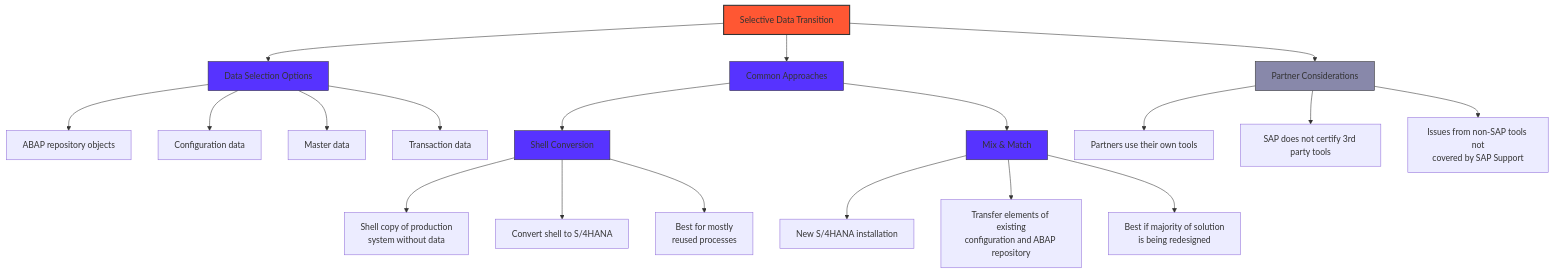
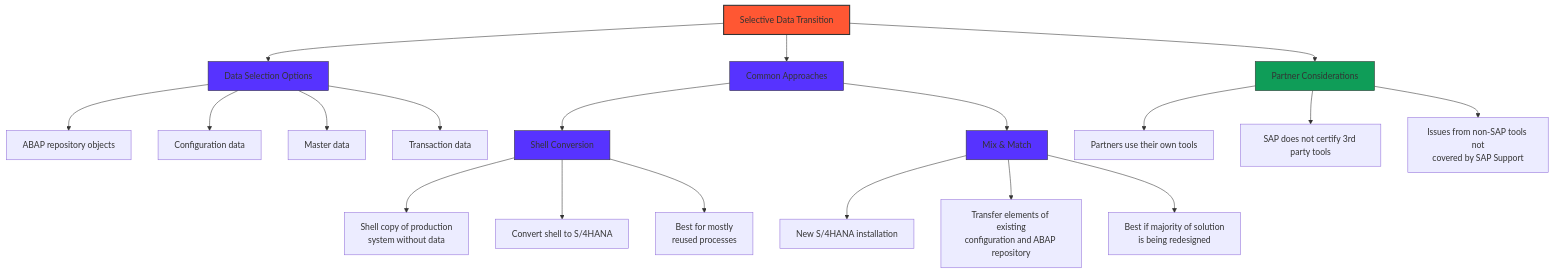
Before and after one commit to sapflashcards/S4CPE: the diagram in sdt.md, drawn with Mermaid.

````diff
--- a/sdt.md
+++ b/sdt.md
@@ -1,32 +1,32 @@
 ```mermaid
 graph TD
     A[Selective Data Transition] --> B[Data Selection Options]
     B --> B1[ABAP repository objects]
     B --> B2[Configuration data]
     B --> B3[Master data]
     B --> B4[Transaction data]
     
     A --> C[Common Approaches]
     C --> D[Shell Conversion]
     C --> E[Mix & Match]
     
     D --> D1[Shell copy of production\nsystem without data]
     D --> D2[Convert shell to S/4HANA]
     D --> D3[Best for mostly\nreused processes]
     
     E --> E1[New S/4HANA installation]
     E --> E2[Transfer elements of existing\nconfiguration and ABAP repository]
     E --> E3[Best if majority of solution\nis being redesigned]
     
     A --> F[Partner Considerations]
     F --> F1[Partners use their own tools]
     F --> F2[SAP does not certify 3rd party tools]
     F --> F3[Issues from non-SAP tools not\ncovered by SAP Support]
     
     style A fill:#FF5733,stroke:#333,stroke-width:2px
     style B fill:#5733FF,stroke:#333
     style C fill:#5733FF,stroke:#333
     style D fill:#5733FF,stroke:#333
     style E fill:#5733FF,stroke:#333
-    style F fill:#8888aa,stroke:#333
+    style F fill:#0F9D58,stroke:#333
 ```
````
